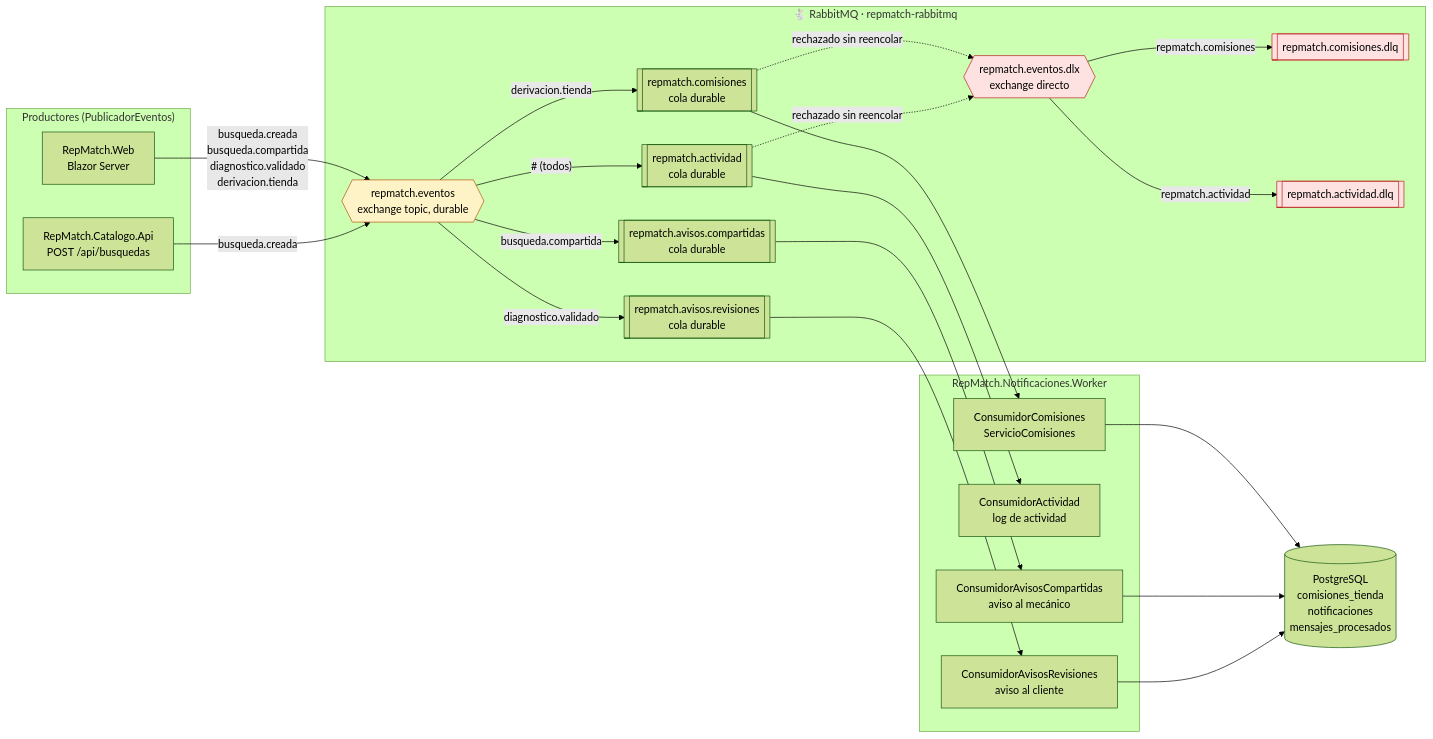
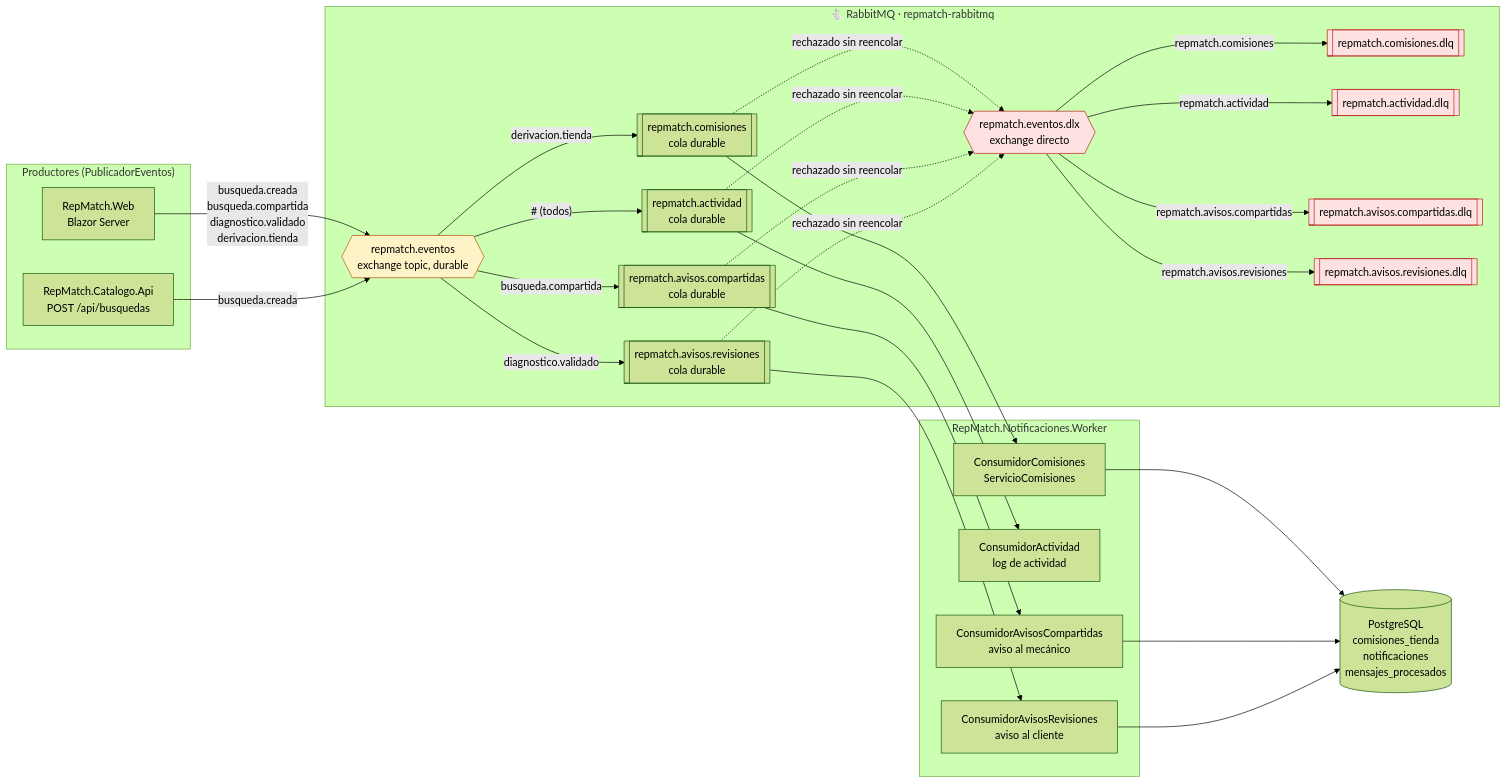
The diagram in docs/diagramas/mensajes.md (lfb-00/tp-apps-2), drawn with Mermaid (forest theme) before and after one commit. The commit also changed 3 other files, not shown here.

````diff
--- a/docs/diagramas/mensajes.md
+++ b/docs/diagramas/mensajes.md
@@ -10,50 +10,58 @@
 ```mermaid
 flowchart LR
     subgraph productores["Productores (PublicadorEventos)"]
         W["RepMatch.Web<br/>Blazor Server"]
         A["RepMatch.Catalogo.Api<br/>POST /api/busquedas"]
     end
 
     subgraph broker["🐇 RabbitMQ · repmatch-rabbitmq"]
         EX{{"repmatch.eventos<br/>exchange topic, durable"}}
         Q1[["repmatch.comisiones<br/>cola durable"]]
         Q2[["repmatch.actividad<br/>cola durable"]]
         Q3[["repmatch.avisos.compartidas<br/>cola durable"]]
         Q4[["repmatch.avisos.revisiones<br/>cola durable"]]
         DLX{{"repmatch.eventos.dlx<br/>exchange directo"}}
         D1[["repmatch.comisiones.dlq"]]
         D2[["repmatch.actividad.dlq"]]
+        D3[["repmatch.avisos.compartidas.dlq"]]
+        D4[["repmatch.avisos.revisiones.dlq"]]
     end
 
     subgraph worker["RepMatch.Notificaciones.Worker"]
         C1["ConsumidorComisiones<br/>ServicioComisiones"]
         C2["ConsumidorActividad<br/>log de actividad"]
         C3["ConsumidorAvisosCompartidas<br/>aviso al mecánico"]
         C4["ConsumidorAvisosRevisiones<br/>aviso al cliente"]
     end
 
     BD[("PostgreSQL<br/>comisiones_tienda<br/>notificaciones<br/>mensajes_procesados")]
 
     W -- "busqueda.creada<br/>busqueda.compartida<br/>diagnostico.validado<br/>derivacion.tienda" --> EX
     A -- "busqueda.creada" --> EX
     EX -- "derivacion.tienda" --> Q1
     EX -- "# (todos)" --> Q2
     EX -- "busqueda.compartida" --> Q3
     EX -- "diagnostico.validado" --> Q4
     Q1 --> C1
     Q2 --> C2
     Q3 --> C3
     Q4 --> C4
     C1 --> BD
     C3 --> BD
     C4 --> BD
     Q1 -. "rechazado sin reencolar" .-> DLX
     Q2 -. "rechazado sin reencolar" .-> DLX
+    Q3 -. "rechazado sin reencolar" .-> DLX
+    Q4 -. "rechazado sin reencolar" .-> DLX
     DLX -- "repmatch.comisiones" --> D1
     DLX -- "repmatch.actividad" --> D2
+    DLX -- "repmatch.avisos.compartidas" --> D3
+    DLX -- "repmatch.avisos.revisiones" --> D4
 
     style EX fill:#fef3c7,stroke:#b45309
     style DLX fill:#fee2e2,stroke:#b91c1c
     style D1 fill:#fee2e2,stroke:#b91c1c
     style D2 fill:#fee2e2,stroke:#b91c1c
+    style D3 fill:#fee2e2,stroke:#b91c1c
+    style D4 fill:#fee2e2,stroke:#b91c1c
 ```
````
